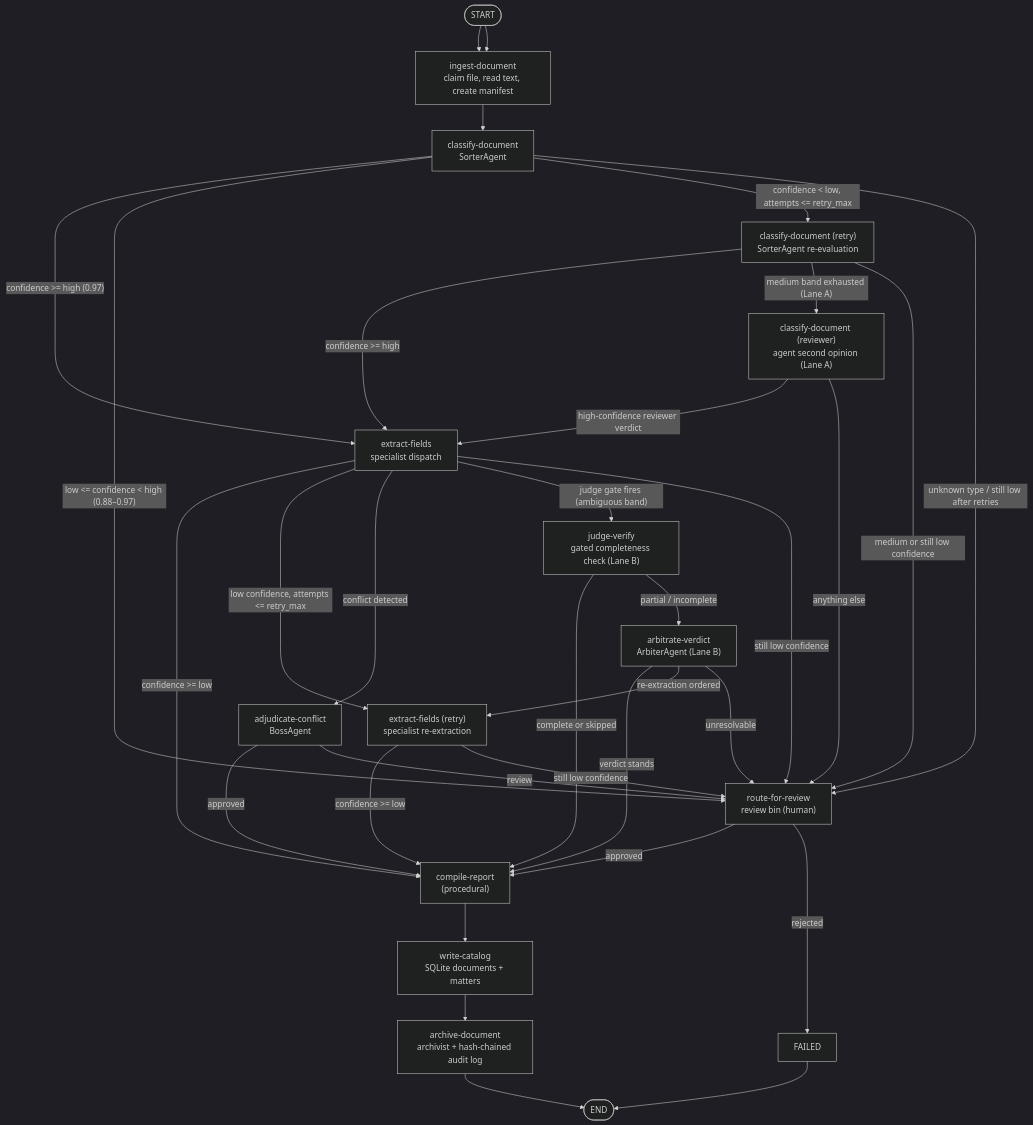
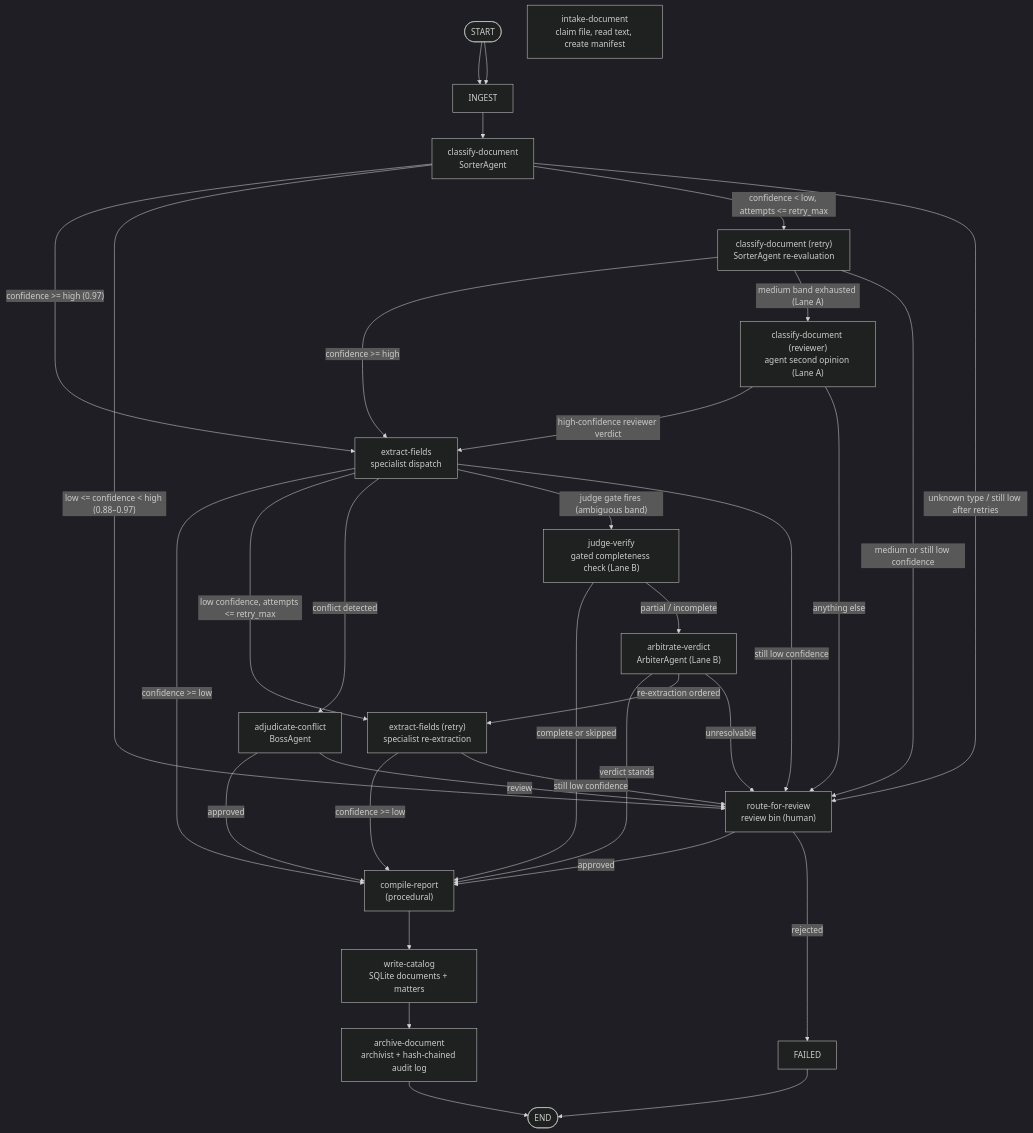
Before and after one commit to Exios66/llm-mailroom: the first of 2 diagrams in README.md, drawn with Mermaid (dark theme). The commit also changed 18 other files, not shown here.

First line of the commit message:
HUB-005: ingest/intake consolidation tail — every remaining package mention consolidated, docs current

````diff
--- a/README.md
+++ b/README.md
@@ -128,53 +128,53 @@
 ```mermaid
 flowchart TD
     START([START]) --> INGEST
 
-    INGEST["ingest-document<br/>claim file, read text, create manifest"]
+    INTAKE["intake-document<br/>claim file, read text, create manifest"]
     CLASSIFY["classify-document<br/>SorterAgent"]
     RETRY_CLASS["classify-document (retry)<br/>SorterAgent re-evaluation"]
     REVIEW_CLASS["classify-document (reviewer)<br/>agent second opinion (Lane A)"]
     EXTRACT["extract-fields<br/>specialist dispatch"]
     RETRY_EXTRACT["extract-fields (retry)<br/>specialist re-extraction"]
     JUDGE["judge-verify<br/>gated completeness check (Lane B)"]
     ARBITER["arbitrate-verdict<br/>ArbiterAgent (Lane B)"]
     BOSS["adjudicate-conflict<br/>BossAgent"]
     REVIEW["route-for-review<br/>review bin (human)"]
     REPORT["compile-report<br/>(procedural)"]
     CATALOG["write-catalog<br/>SQLite documents + matters"]
     ARCHIVE["archive-document<br/>archivist + hash-chained audit log"]
     FAILED["FAILED"]
     ENDX([END])
 
     START --> INGEST
     INGEST --> CLASSIFY
 
     CLASSIFY -- "confidence >= high (0.97)" --> EXTRACT
     CLASSIFY -- "low <= confidence < high (0.88–0.97)" --> REVIEW
     CLASSIFY -- "confidence < low, attempts <= retry_max" --> RETRY_CLASS
     CLASSIFY -- "unknown type / still low after retries" --> REVIEW
     RETRY_CLASS -- "confidence >= high" --> EXTRACT
     RETRY_CLASS -- "medium band exhausted (Lane A)" --> REVIEW_CLASS
     RETRY_CLASS -- "medium or still low confidence" --> REVIEW
     REVIEW_CLASS -- "high-confidence reviewer verdict" --> EXTRACT
     REVIEW_CLASS -- "anything else" --> REVIEW
 
     EXTRACT -- "confidence >= low" --> REPORT
     EXTRACT -- "low confidence, attempts <= retry_max" --> RETRY_EXTRACT
     EXTRACT -- "conflict detected" --> BOSS
     EXTRACT -- "judge gate fires (ambiguous band)" --> JUDGE
     EXTRACT -- "still low confidence" --> REVIEW
     RETRY_EXTRACT -- "confidence >= low" --> REPORT
     RETRY_EXTRACT -- "still low confidence" --> REVIEW
 
     JUDGE -- "complete or skipped" --> REPORT
     JUDGE -- "partial / incomplete" --> ARBITER
     ARBITER -- "verdict stands" --> REPORT
     ARBITER -- "re-extraction ordered" --> RETRY_EXTRACT
     ARBITER -- "unresolvable" --> REVIEW
     BOSS -- "approved" --> REPORT
     BOSS -- "review" --> REVIEW
     REVIEW -- "approved" --> REPORT
     REVIEW -- "rejected" --> FAILED --> ENDX
 
     REPORT --> CATALOG --> ARCHIVE --> ENDX
 ```
````
